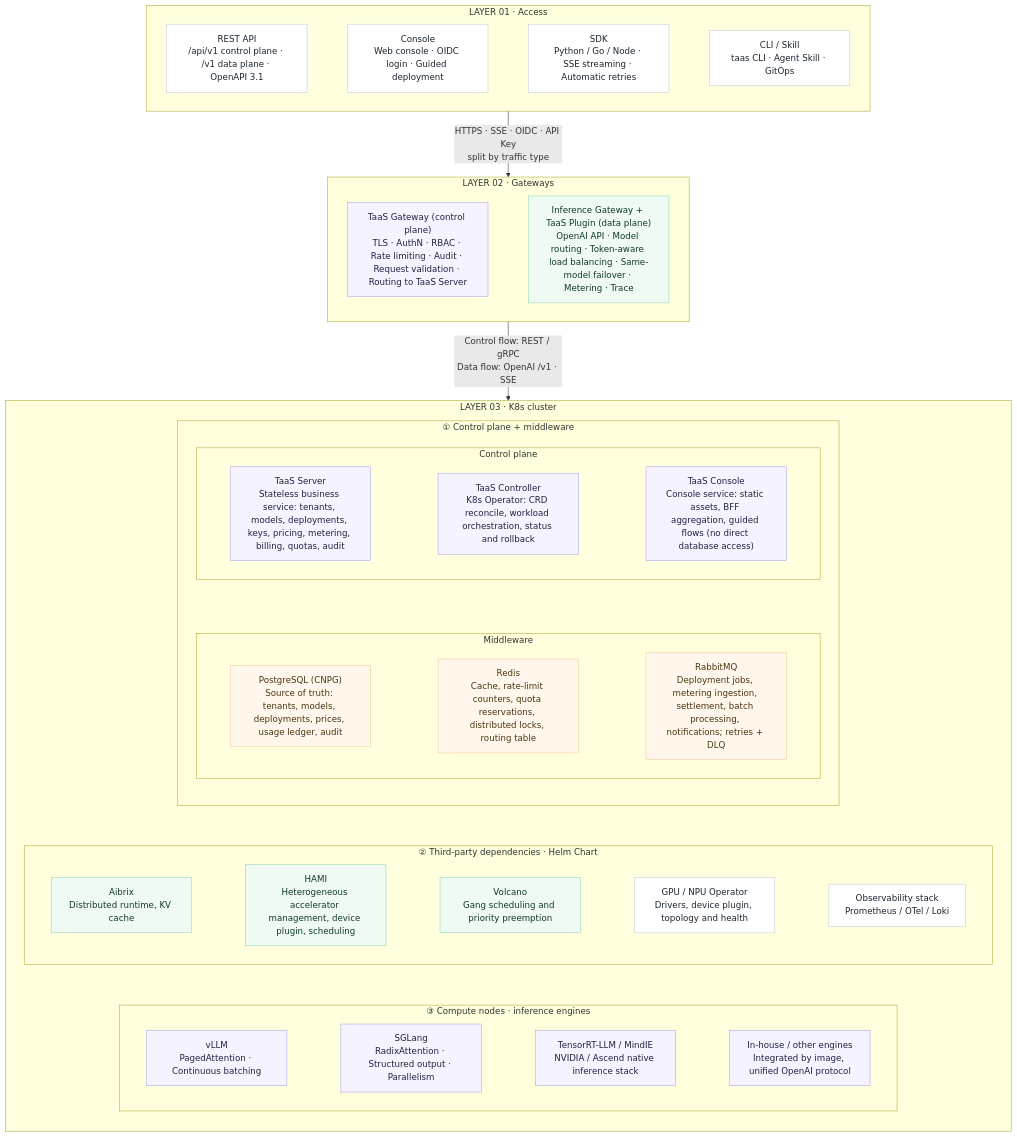
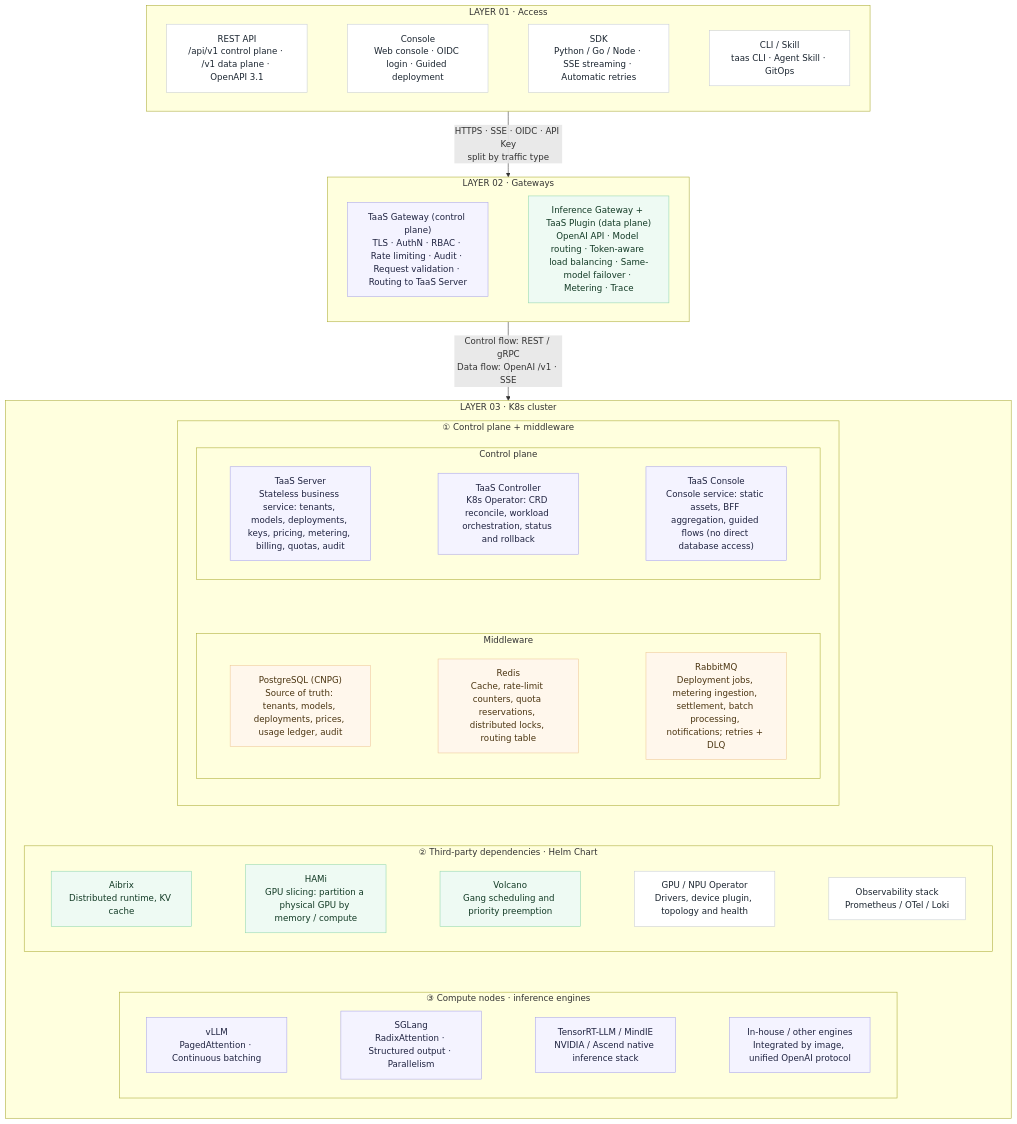
One commit to go-taas/go-taas changed the first of 6 diagrams in site/docs/design/architecture.md. Above: the diagram before and after it, drawn with Mermaid. The commit also changed other lines of this file and 24 other files, not shown here.

First line of the commit message:
docs(vgpu): scope HAMi to GPU slicing only

````diff
--- a/site/docs/design/architecture.md
+++ b/site/docs/design/architecture.md
@@ -15,66 +15,66 @@
 ```mermaid
 flowchart TB
 subgraph L1["LAYER 01 · Access"]
     direction LR
     A1["REST API<br/>/api/v1 control plane · /v1 data plane · OpenAPI 3.1"]:::cell
     A2["Console<br/>Web console · OIDC login · Guided deployment"]:::cell
     A3["SDK<br/>Python / Go / Node · SSE streaming · Automatic retries"]:::cell
     A4["CLI / Skill<br/>taas CLI · Agent Skill · GitOps"]:::cell
     A1 ~~~ A2 ~~~ A3 ~~~ A4
 end
 
 subgraph L2["LAYER 02 · Gateways"]
     direction LR
     G1["TaaS Gateway (control plane)<br/>TLS · AuthN · RBAC · Rate limiting · Audit · Request validation · Routing to TaaS Server"]:::cp
     G2["Inference Gateway + TaaS Plugin (data plane)<br/>OpenAI API · Model routing · Token-aware load balancing · Same-model failover · Metering · Trace"]:::dp
     G1 ~~~ G2
 end
 
 subgraph L3["LAYER 03 · K8s cluster"]
     direction TB
     subgraph L3A["① Control plane + middleware"]
         direction TB
         subgraph L3A1["Control plane"]
             direction LR
             S1["TaaS Server<br/>Stateless business service: tenants, models, deployments, keys, pricing, metering, billing, quotas, audit"]:::cp
             S2["TaaS Controller<br/>K8s Operator: CRD reconcile, workload orchestration, status and rollback"]:::cp
             S3["TaaS Console<br/>Console service: static assets, BFF aggregation, guided flows (no direct database access)"]:::cp
             S1 ~~~ S2 ~~~ S3
         end
         subgraph L3A2["Middleware"]
             direction LR
             M1["PostgreSQL (CNPG)<br/>Source of truth: tenants, models, deployments, prices, usage ledger, audit"]:::mw
             M2["Redis<br/>Cache, rate-limit counters, quota reservations, distributed locks, routing table"]:::mw
             M3["RabbitMQ<br/>Deployment jobs, metering ingestion, settlement, batch processing, notifications; retries + DLQ"]:::mw
             M1 ~~~ M2 ~~~ M3
         end
         L3A1 ~~~ L3A2
     end
     subgraph L3B["② Third-party dependencies · Helm Chart"]
         direction LR
         B1["Aibrix<br/>Distributed runtime, KV cache"]:::dp
-        B2["HAMI<br/>Heterogeneous accelerator management, device plugin, scheduling"]:::dp
+        B2["HAMi<br/>GPU slicing: partition a physical GPU by memory / compute"]:::dp
         B3["Volcano<br/>Gang scheduling and priority preemption"]:::dp
         B4["GPU / NPU Operator<br/>Drivers, device plugin, topology and health"]:::cell
         B5["Observability stack<br/>Prometheus / OTel / Loki"]:::cell
         B1 ~~~ B2 ~~~ B3 ~~~ B4 ~~~ B5
     end
     subgraph L3C["③ Compute nodes · inference engines"]
         direction LR
         C1["vLLM<br/>PagedAttention · Continuous batching"]:::cp
         C2["SGLang<br/>RadixAttention · Structured output · Parallelism"]:::cp
         C3["TensorRT-LLM / MindIE<br/>NVIDIA / Ascend native inference stack"]:::cp
         C4["In-house / other engines<br/>Integrated by image, unified OpenAI protocol"]:::cp
         C1 ~~~ C2 ~~~ C3 ~~~ C4
     end
     L3A ~~~ L3B ~~~ L3C
 end
 
 L1 -->|"HTTPS · SSE · OIDC · API Key<br/>split by traffic type"| L2
 L2 -->|"Control flow: REST / gRPC<br/>Data flow: OpenAI /v1 · SSE"| L3
 
 classDef cell fill:#ffffff,stroke:#c7ccd6,color:#1b2530
 classDef cp fill:#f4f3ff,stroke:#a9a4ea,color:#1f2340
 classDef dp fill:#eefaf3,stroke:#8fd6ae,color:#123a25
 classDef mw fill:#fff7ec,stroke:#eec796,color:#4a3410
 ```
````
